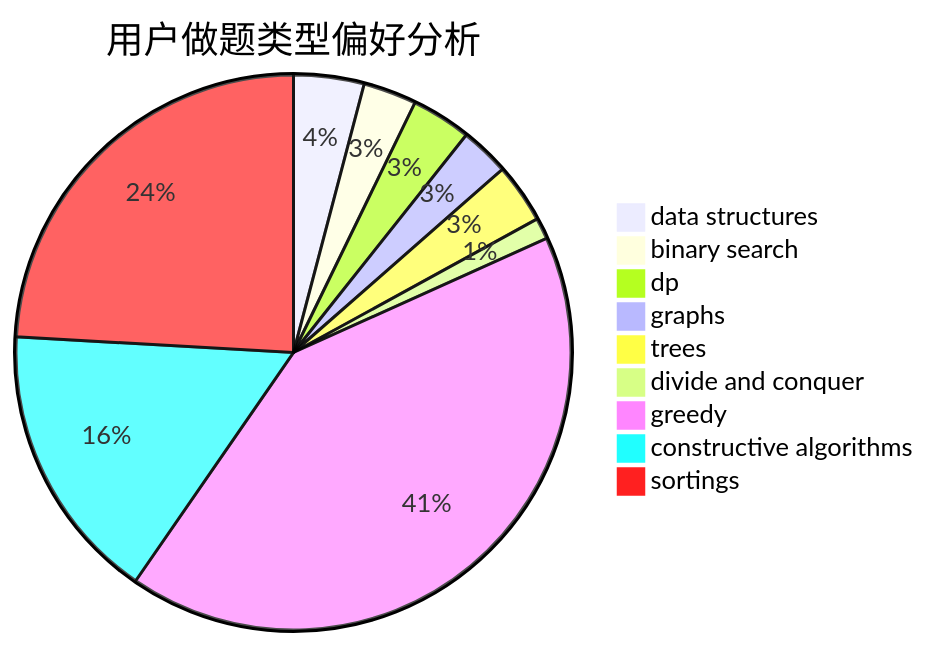
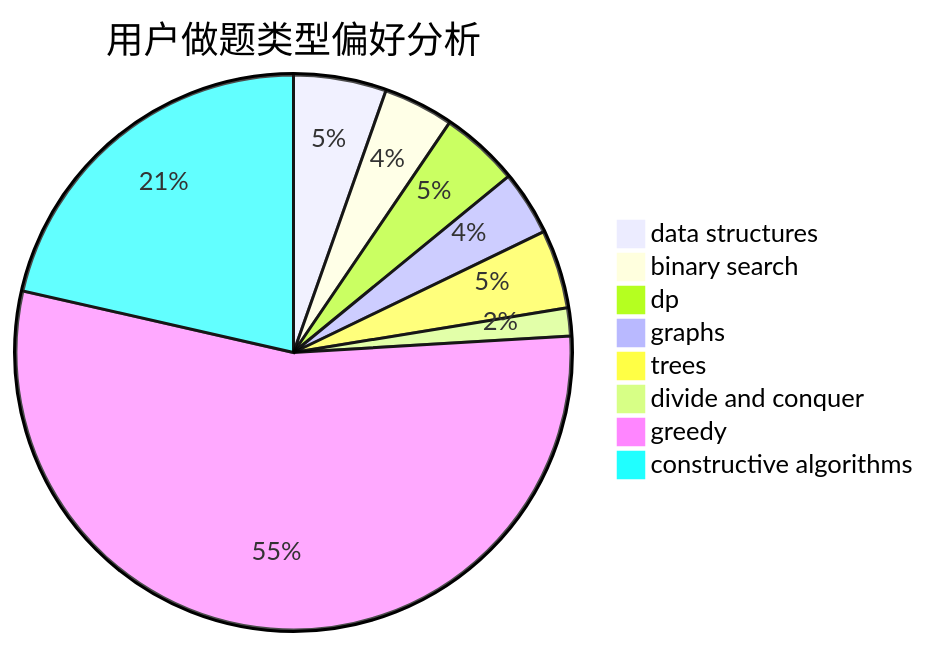
Before and after one commit to sherpahu/cfrs.github.io: the second of 3 diagrams in docs/user/u2561.md, drawn with Mermaid. The commit also changed other lines of this file and 2769 other files, not shown here.

````diff
--- a/docs/user/u2561.md
+++ b/docs/user/u2561.md
@@ -18,12 +18,11 @@
 ```mermaid
 pie title 用户做题类型偏好分析
     "data structures" :  33
     "binary search" :  25
     "dp" :  28
     "graphs" :  23
     "trees" :  28
     "divide and conquer" :  10
     "greedy" :  333
     "constructive algorithms" :  131
-    "sortings" :  194
 ```
````
